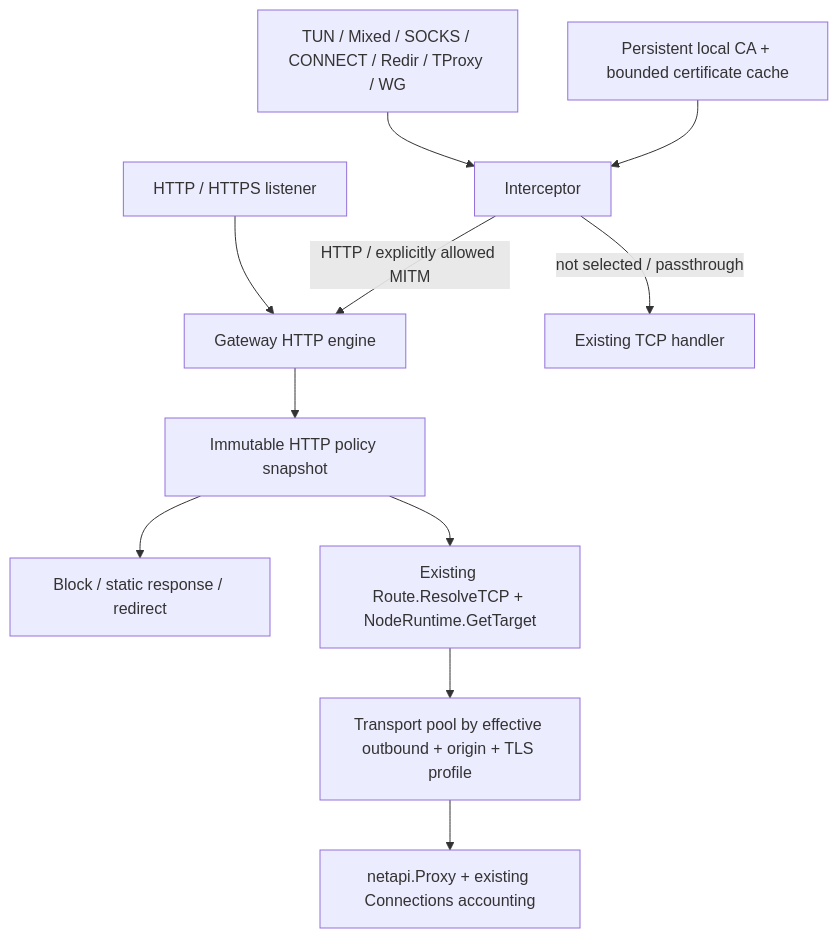
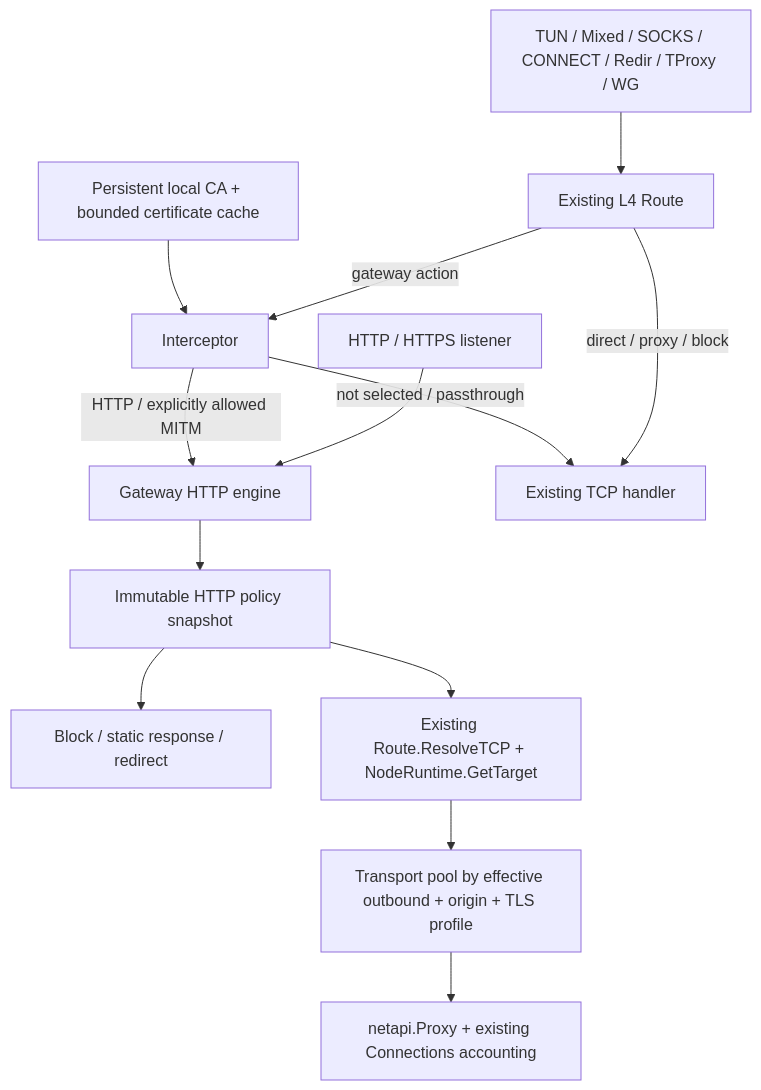
The diagram in docs/gateway/architecture.md (yuhaiin/yuhaiin), drawn with Mermaid before and after one commit. The commit also changed other lines of this file and 26 other files, not shown here.

````diff
--- a/docs/gateway/architecture.md
+++ b/docs/gateway/architecture.md
@@ -6,13 +6,15 @@
 ```mermaid
 flowchart TD
   Listener[HTTP / HTTPS listener] --> HTTP[Gateway HTTP engine]
-  Inbound[TUN / Mixed / SOCKS / CONNECT / Redir / TProxy / WG] --> Interceptor
+  Inbound[TUN / Mixed / SOCKS / CONNECT / Redir / TProxy / WG] --> L4[Existing L4 Route]
+  L4 -->|gateway action| Interceptor
+  L4 -->|direct / proxy / block| Existing
   Interceptor -->|not selected / passthrough| Existing[Existing TCP handler]
   Interceptor -->|HTTP / explicitly allowed MITM| HTTP
   CA[Persistent local CA + bounded certificate cache] --> Interceptor
   HTTP --> Policy[Immutable HTTP policy snapshot]
   Policy --> Reply[Block / static response / redirect]
   Policy --> Resolve[Existing Route.ResolveTCP + NodeRuntime.GetTarget]
   Resolve --> Pool[Transport pool by effective outbound + origin + TLS profile]
   Pool --> Proxy[netapi.Proxy + existing Connections accounting]
 ```
````
